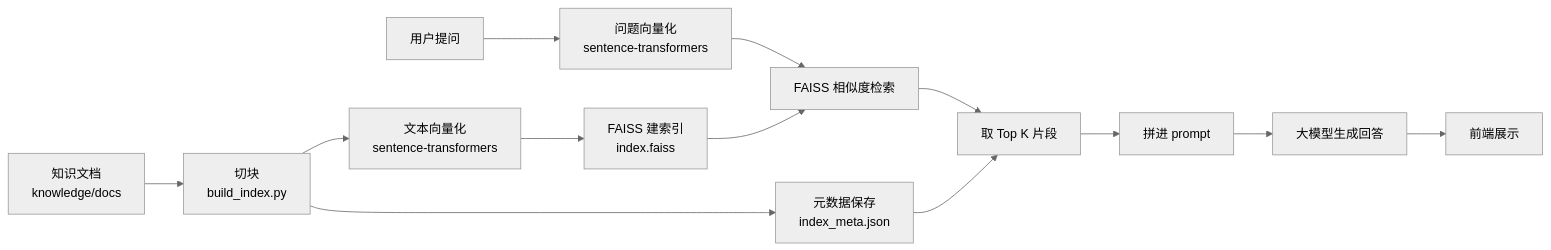
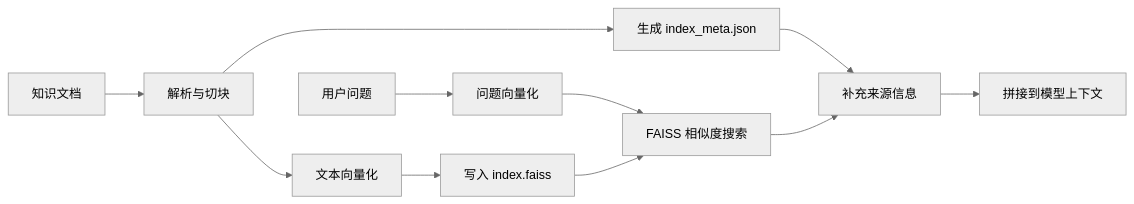
One commit to zgp0406/algoguide-agent changed the second of 2 diagrams in README.md. Above: the diagram before and after it, drawn with Mermaid (neutral theme). The commit also changed other lines of this file and 1 other file, not shown here.

````diff
--- a/README.md
+++ b/README.md
@@ -115,16 +95,13 @@
 ```mermaid
 flowchart LR
-  A[知识文档<br/>knowledge/docs] --> B[切块<br/>build_index.py]
-  B --> C[文本向量化<br/>sentence-transformers]
-  C --> D[FAISS 建索引<br/>index.faiss]
-  B --> E[元数据保存<br/>index_meta.json]
-
-  F[用户提问] --> G[问题向量化<br/>sentence-transformers]
-  G --> H[FAISS 相似度检索]
-  D --> H
-  H --> I[取 Top K 片段]
-  E --> I
-  I --> J[拼进 prompt]
-  J --> K[大模型生成回答]
-  K --> L[前端展示]
+  A[知识文档] --> B[解析与切块]
+  B --> C[生成 index_meta.json]
+  B --> D[文本向量化]
+  D --> E[写入 index.faiss]
+  F[用户问题] --> G[问题向量化]
+  G --> H[FAISS 相似度搜索]
+  E --> H
+  C --> I[补充来源信息]
+  H --> I
+  I --> J[拼接到模型上下文]
 ```
````
